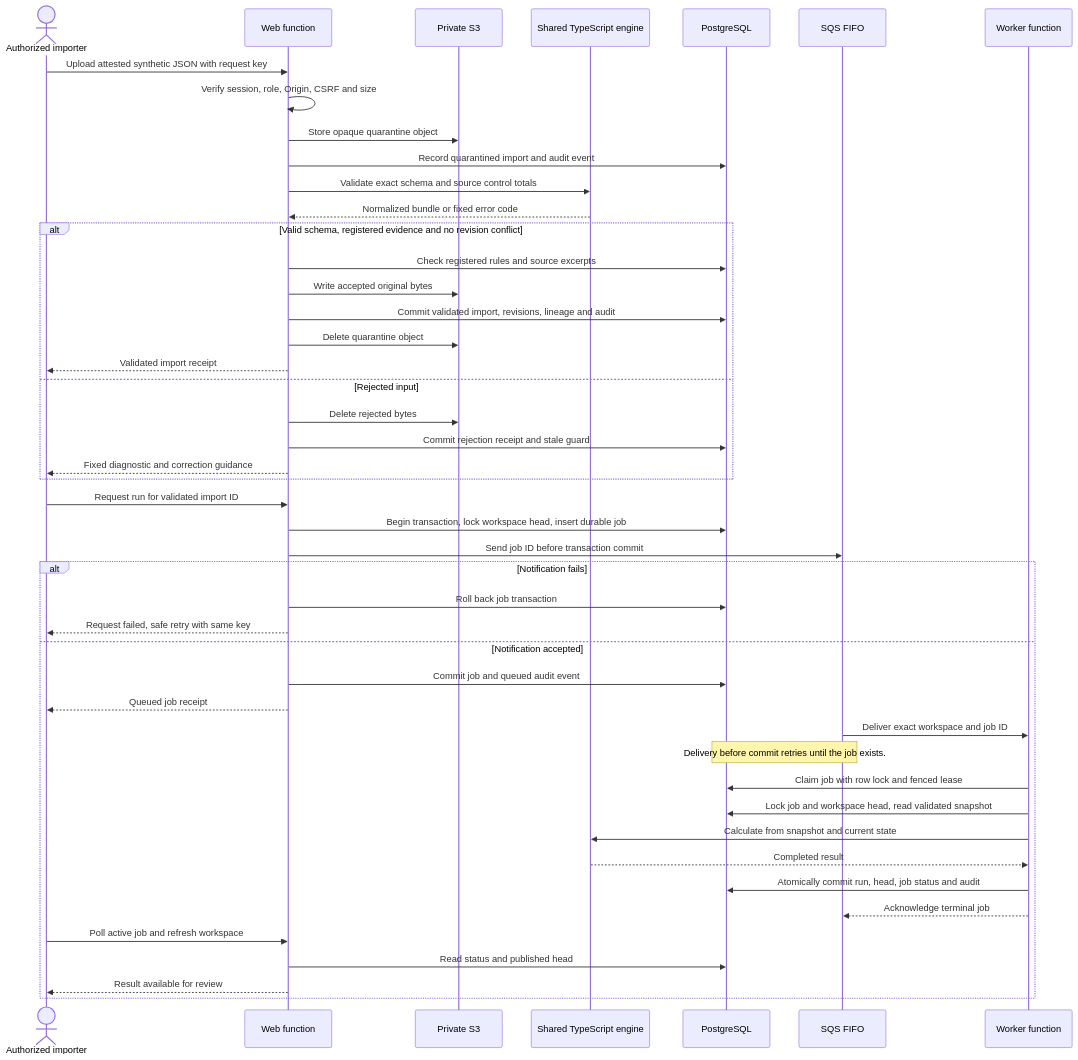
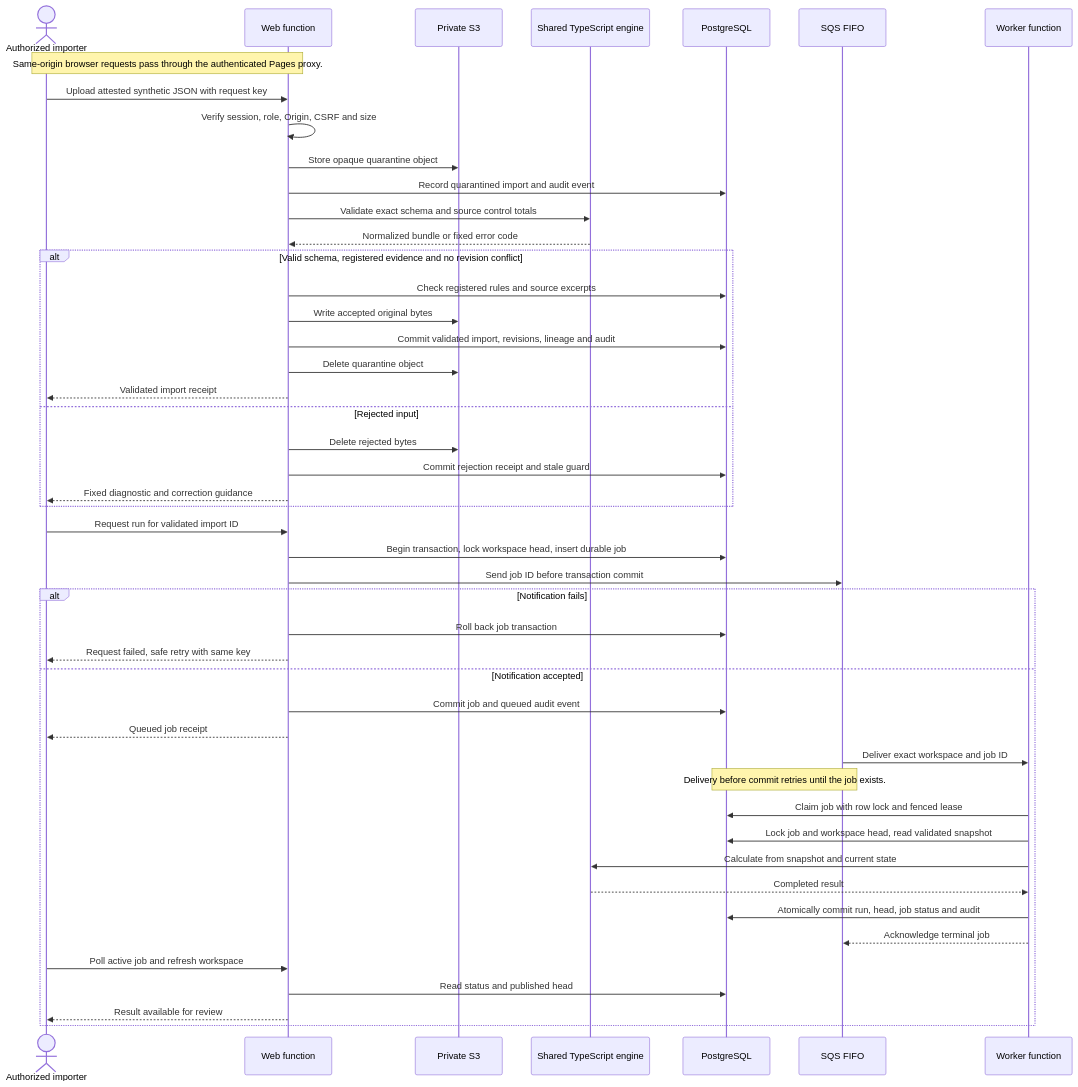
Before and after one commit to manynames3/ShiftClarity: the diagram in docs/architecture/import-publication.md, drawn with Mermaid. The commit also changed 21 other files, not shown here.

Commit message:
Serve the full synthetic pilot through Cloudflare Pages

````diff
--- a/docs/architecture/import-publication.md
+++ b/docs/architecture/import-publication.md
@@ -5,51 +5,53 @@
 ```mermaid
 sequenceDiagram
     actor User as Authorized importer
     participant API as Web function
     participant S3 as Private S3
     participant Engine as Shared TypeScript engine
     participant DB as PostgreSQL
     participant Queue as SQS FIFO
     participant Worker as Worker function
+
+    Note over User,API: Same-origin browser requests pass through the authenticated Pages proxy.
 
     User->>API: Upload attested synthetic JSON with request key
     API->>API: Verify session, role, Origin, CSRF and size
     API->>S3: Store opaque quarantine object
     API->>DB: Record quarantined import and audit event
     API->>Engine: Validate exact schema and source control totals
     Engine-->>API: Normalized bundle or fixed error code
 
     alt Valid schema, registered evidence and no revision conflict
         API->>DB: Check registered rules and source excerpts
         API->>S3: Write accepted original bytes
         API->>DB: Commit validated import, revisions, lineage and audit
         API->>S3: Delete quarantine object
         API-->>User: Validated import receipt
     else Rejected input
         API->>S3: Delete rejected bytes
         API->>DB: Commit rejection receipt and stale guard
         API-->>User: Fixed diagnostic and correction guidance
     end
 
     User->>API: Request run for validated import ID
     API->>DB: Begin transaction, lock workspace head, insert durable job
     API->>Queue: Send job ID before transaction commit
     alt Notification fails
         API->>DB: Roll back job transaction
         API-->>User: Request failed, safe retry with same key
     else Notification accepted
         API->>DB: Commit job and queued audit event
         API-->>User: Queued job receipt
         Queue->>Worker: Deliver exact workspace and job ID
         Note over Queue,DB: Delivery before commit retries until the job exists.
         Worker->>DB: Claim job with row lock and fenced lease
         Worker->>DB: Lock job and workspace head, read validated snapshot
         Worker->>Engine: Calculate from snapshot and current state
         Engine-->>Worker: Completed result
         Worker->>DB: Atomically commit run, head, job status and audit
         Worker-->>Queue: Acknowledge terminal job
         User->>API: Poll active job and refresh workspace
         API->>DB: Read status and published head
         API-->>User: Result available for review
     end
 ```
````
